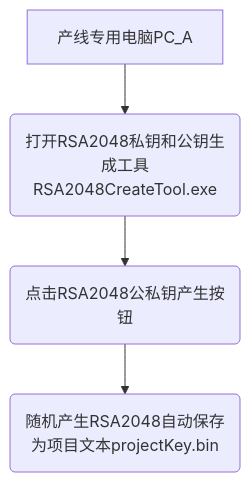
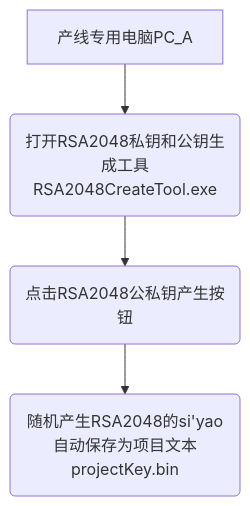
One commit to facebook-cloud/iodraw-files changed the diagram in all/未命名-10.md. Above: the diagram before and after it, drawn with Mermaid.

Commit message:
2026-01-06 20:27:10 update

````diff
--- a/all/未命名-10.md
+++ b/all/未命名-10.md
@@ -1,6 +1,6 @@
 ```mermaid
 graph TD
     A[产线专用电脑PC_A] --> B(打开RSA2048私钥和公钥生成工具RSA2048CreateTool.exe)
     B --> C(点击RSA2048公私钥产生按钮)
-    C --> F(随机产生RSA2048自动保存为项目文本projectKey.bin)
+    C --> F(随机产生RSA2048的si'yao自动保存为项目文本projectKey.bin)
 ```
````
